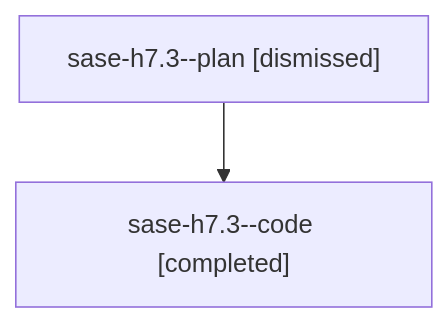
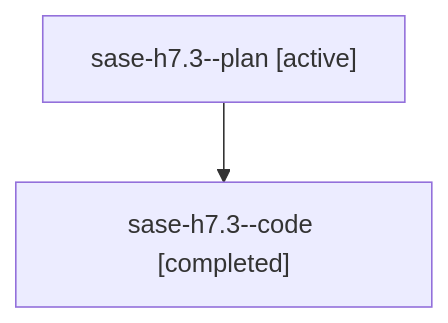
One commit to sase-org/sase--agents changed the diagram in families/bbugyi200.athena.sase-h7.3.md. Above: the diagram before and after it, drawn with Mermaid. The commit also changed other lines of this file and 35830 other files, not shown here.

````diff
--- a/families/bbugyi200.athena.sase-h7.3.md
+++ b/families/bbugyi200.athena.sase-h7.3.md
@@ -9,6 +9,6 @@
 ```mermaid
 flowchart TD
-  n0["sase-h7.3--plan [dismissed]"]
+  n0["sase-h7.3--plan [active]"]
   n1["sase-h7.3--code [completed]"]
   n0 --> n1
 ```
````
